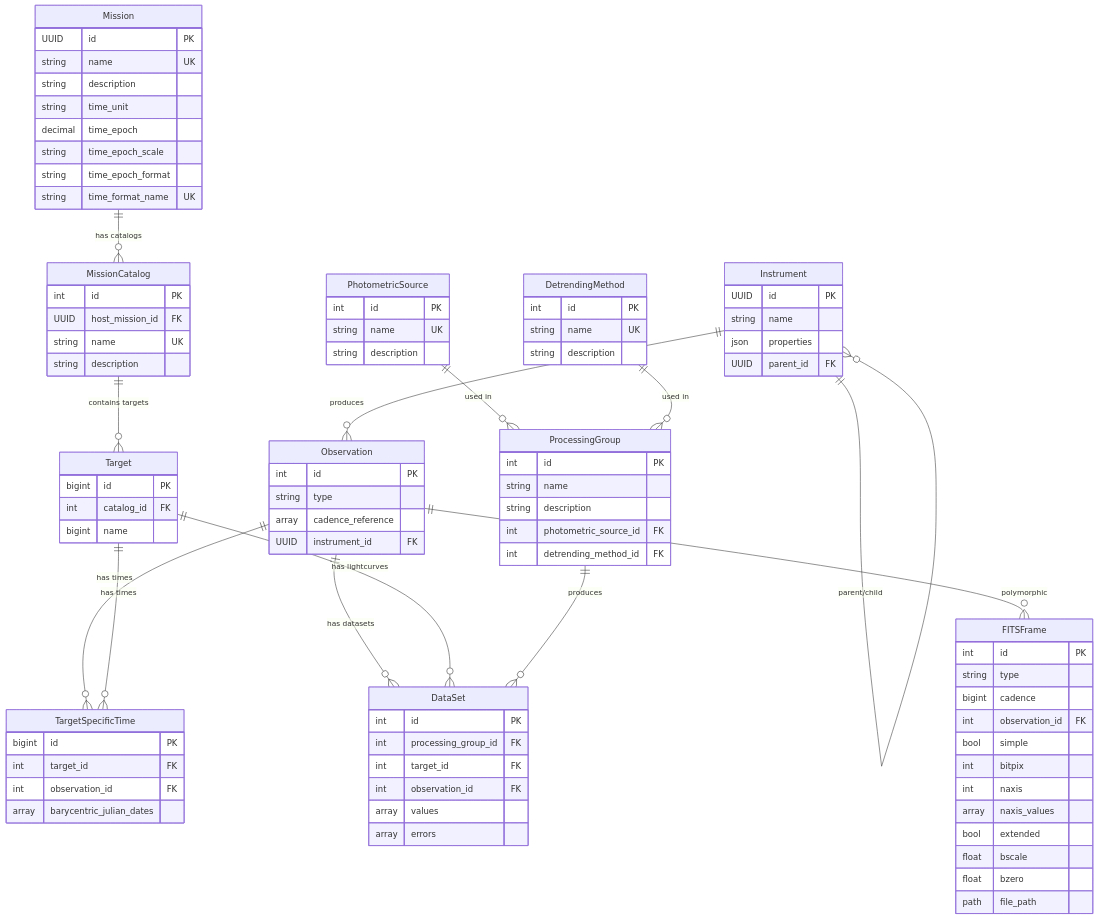
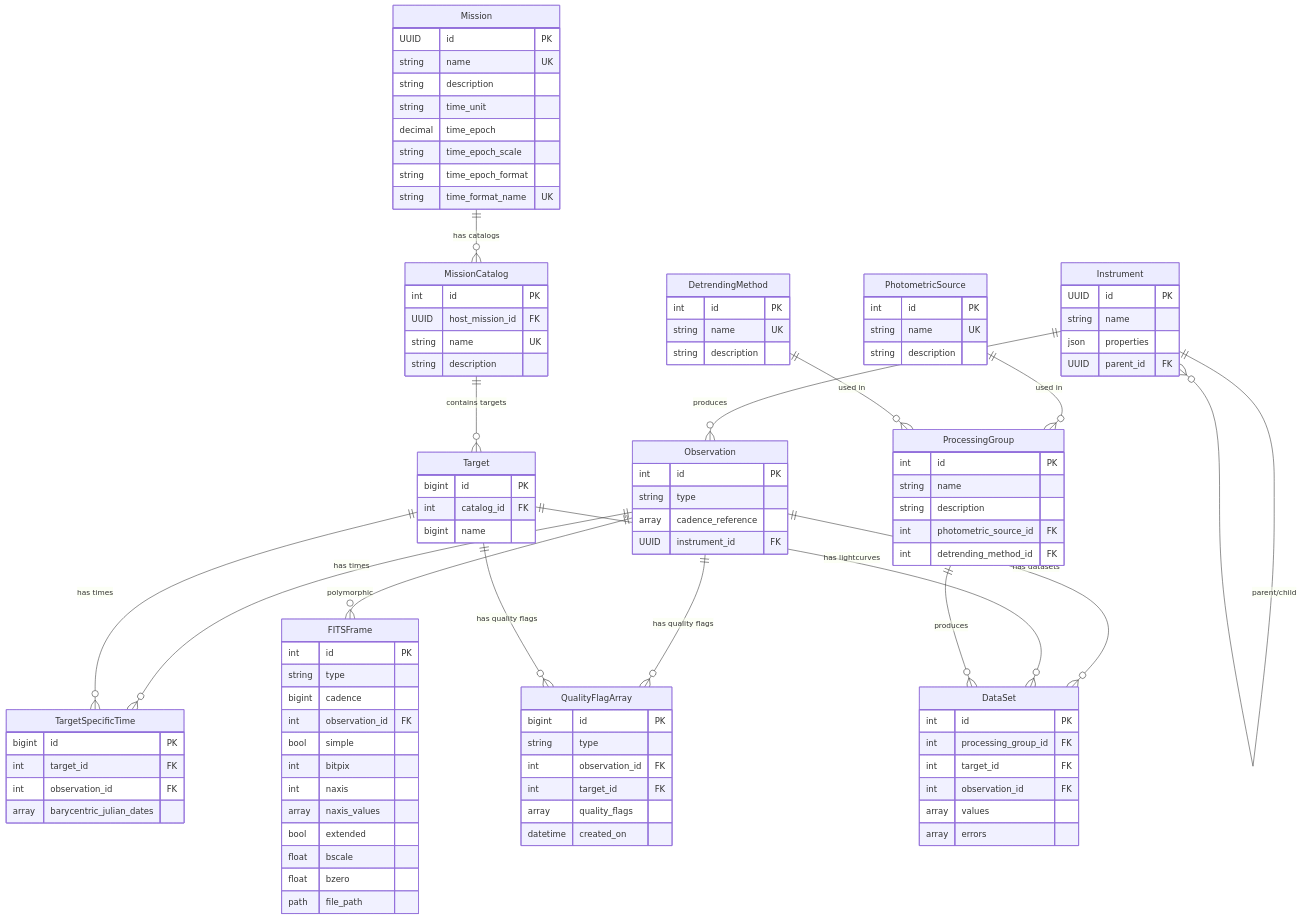
Before and after one commit to mit-kavli-institute/lightcurvedb: the diagram in docs/source/schema.rst, drawn with Mermaid. The commit also changed other lines of this file and 3 other files, not shown here.

First line of the commit message:
docs: add QualityFlagArray to schema diagram and implement Paracelsus integration

```diff
--- a/docs/source/schema.rst
+++ b/docs/source/schema.rst
@@ -29,9 +31,11 @@
        Observation ||--o{ FITSFrame : "polymorphic"
        Observation ||--o{ TargetSpecificTime : "has times"
        Observation ||--o{ DataSet : "has datasets"
+       Observation ||--o{ QualityFlagArray : "has quality flags"
 
        Target ||--o{ TargetSpecificTime : "has times"
        Target ||--o{ DataSet : "has lightcurves"
+       Target ||--o{ QualityFlagArray : "has quality flags"
 
        PhotometricSource ||--o{ ProcessingGroup : "used in"
        DetrendingMethod ||--o{ ProcessingGroup : "used in"
@@ -125,3 +129,12 @@
            int observation_id FK
            array barycentric_julian_dates
        }
+
+       QualityFlagArray {
+           bigint id PK
+           string type
+           int observation_id FK
+           int target_id FK
+           array quality_flags
+           datetime created_on
+       }
```
